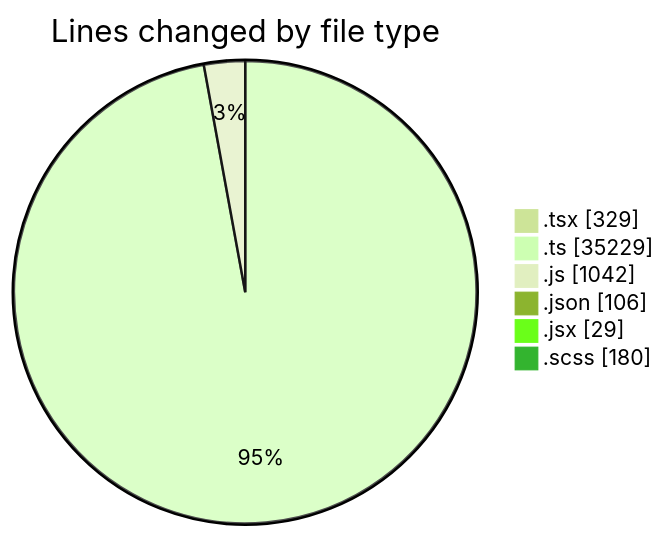
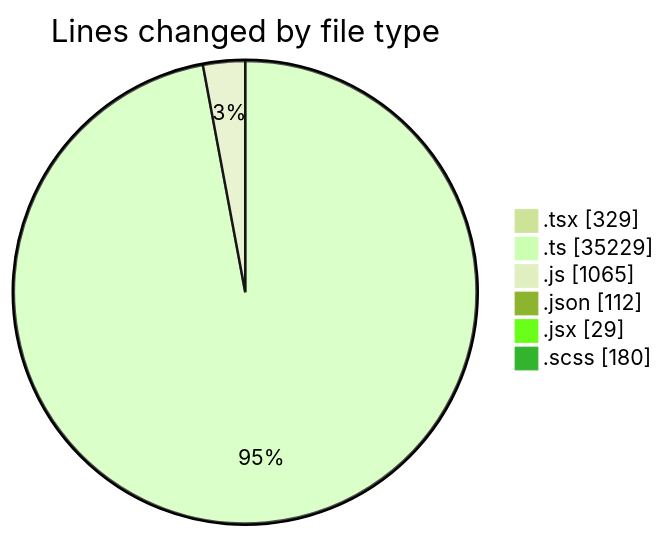
One commit to momahboobian/code-tracking changed the first of 2 diagrams in 2025-12-17/cda/README.md. Above: the diagram before and after it, drawn with Mermaid (forest theme). The commit also changed other lines of this file and 1 other file, not shown here.

````diff
--- a/2025-12-17/cda/README.md
+++ b/2025-12-17/cda/README.md
@@ -48,10 +50,10 @@
 ```mermaid
 pie showData
 title Lines changed by file type
 ".tsx" : 329
 ".ts" : 35229
-".js" : 1042
-".json" : 106
+".js" : 1065
+".json" : 112
 ".jsx" : 29
 ".scss" : 180
 ```
````
